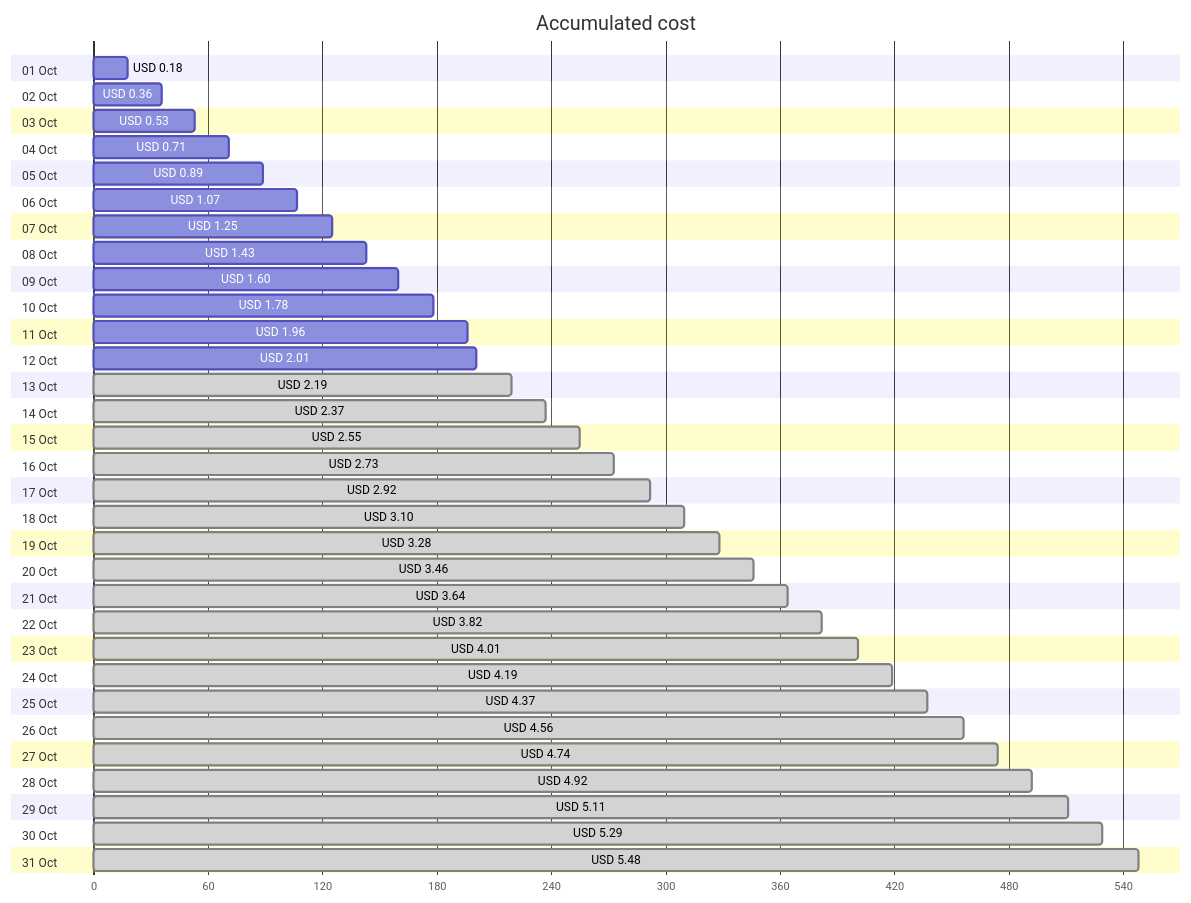
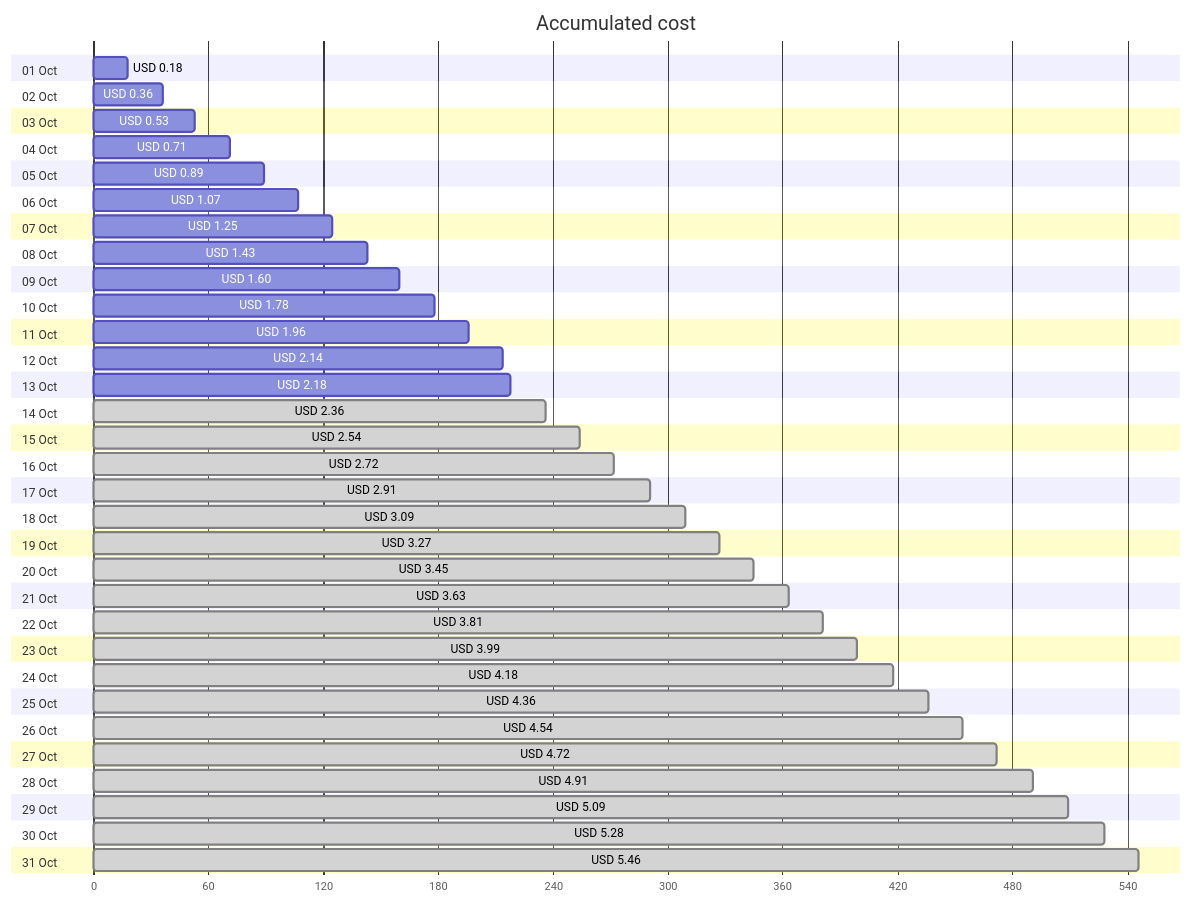
One commit to jpfulton/azure-personal-reports changed the first of 4 diagrams in cost-reports/personal-network/backup-server.md. Above: the diagram before and after it, drawn with Mermaid. The commit also changed other lines of this file and 8 other files, not shown here.

````diff
--- a/cost-reports/personal-network/backup-server.md
+++ b/cost-reports/personal-network/backup-server.md
@@ -20,68 +20,68 @@
 ```mermaid
 gantt
    title Accumulated cost
    dateFormat  X
    axisFormat %s
    section 01 Oct
    USD 0.18 :0, 18
    section 02 Oct
    USD 0.36 :0, 36
    section 03 Oct
    USD 0.53 :0, 53
    section 04 Oct
    USD 0.71 :0, 71
    section 05 Oct
    USD 0.89 :0, 89
    section 06 Oct
    USD 1.07 :0, 107
    section 07 Oct
    USD 1.25 :0, 125
    section 08 Oct
    USD 1.43 :0, 143
    section 09 Oct
    USD 1.60 :0, 160
    section 10 Oct
    USD 1.78 :0, 178
    section 11 Oct
    USD 1.96 :0, 196
    section 12 Oct
-   USD 2.01 :0, 201
+   USD 2.14 :0, 214
    section 13 Oct
-   USD 2.19 : done, 0, 219
+   USD 2.18 :0, 218
    section 14 Oct
-   USD 2.37 : done, 0, 237
+   USD 2.36 : done, 0, 236
    section 15 Oct
-   USD 2.55 : done, 0, 255
+   USD 2.54 : done, 0, 254
    section 16 Oct
-   USD 2.73 : done, 0, 273
+   USD 2.72 : done, 0, 272
    section 17 Oct
-   USD 2.92 : done, 0, 292
+   USD 2.91 : done, 0, 291
    section 18 Oct
-   USD 3.10 : done, 0, 310
+   USD 3.09 : done, 0, 309
    section 19 Oct
-   USD 3.28 : done, 0, 328
+   USD 3.27 : done, 0, 327
    section 20 Oct
-   USD 3.46 : done, 0, 346
+   USD 3.45 : done, 0, 345
    section 21 Oct
-   USD 3.64 : done, 0, 364
+   USD 3.63 : done, 0, 363
    section 22 Oct
-   USD 3.82 : done, 0, 382
+   USD 3.81 : done, 0, 381
    section 23 Oct
-   USD 4.01 : done, 0, 401
+   USD 3.99 : done, 0, 399
    section 24 Oct
-   USD 4.19 : done, 0, 419
+   USD 4.18 : done, 0, 418
    section 25 Oct
-   USD 4.37 : done, 0, 437
+   USD 4.36 : done, 0, 436
    section 26 Oct
-   USD 4.56 : done, 0, 456
+   USD 4.54 : done, 0, 454
    section 27 Oct
-   USD 4.74 : done, 0, 474
+   USD 4.72 : done, 0, 472
    section 28 Oct
-   USD 4.92 : done, 0, 492
+   USD 4.91 : done, 0, 491
    section 29 Oct
-   USD 5.11 : done, 0, 511
+   USD 5.09 : done, 0, 509
    section 30 Oct
-   USD 5.29 : done, 0, 529
+   USD 5.28 : done, 0, 528
    section 31 Oct
-   USD 5.48 : done, 0, 548
+   USD 5.46 : done, 0, 546
 ```
````
